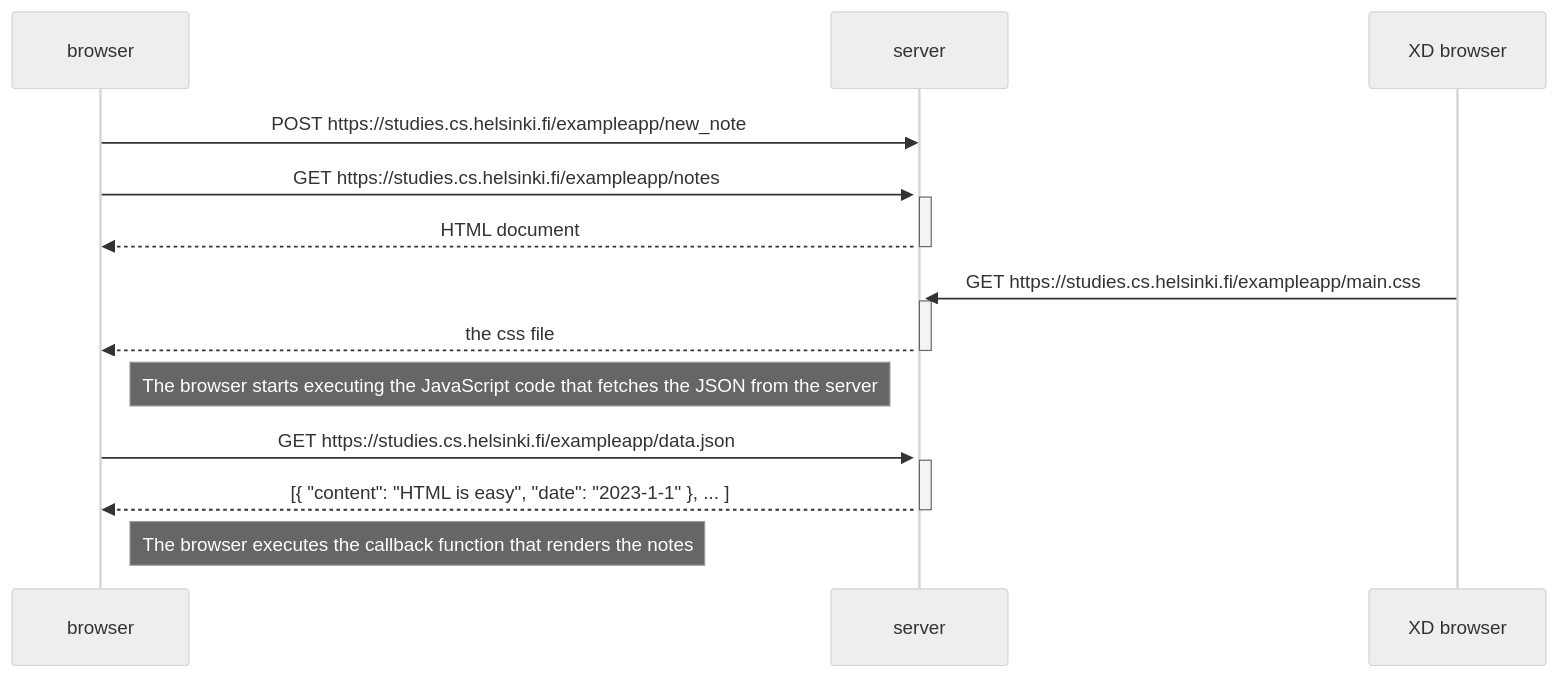
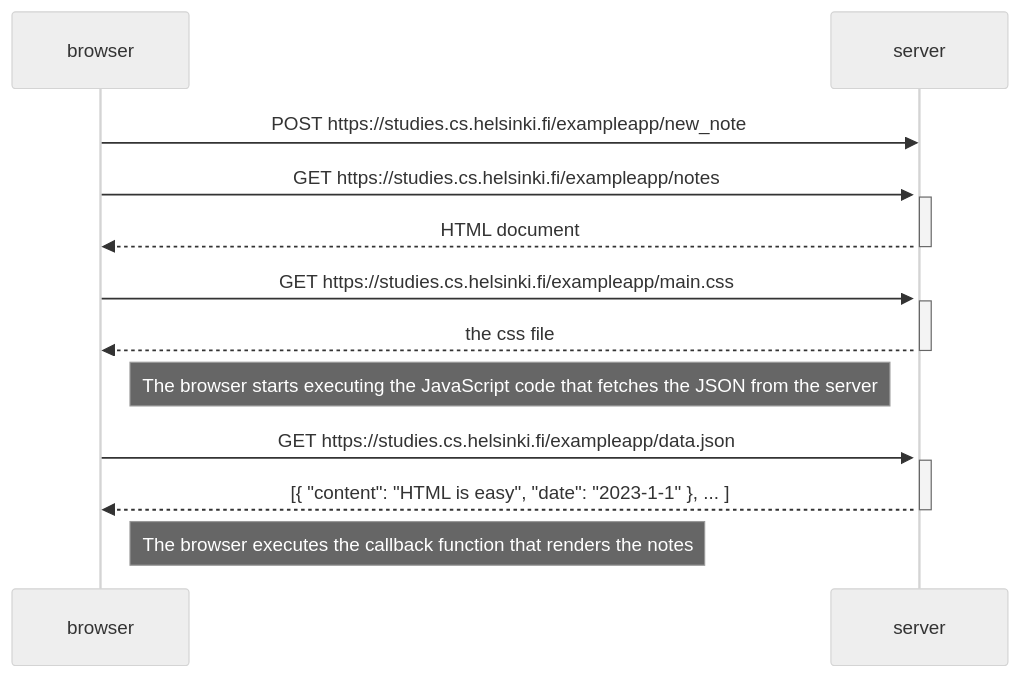
One commit to Karkkanen/Fullstack changed the diagram in osa0/README.md. Above: the diagram before and after it, drawn with Mermaid (neutral theme). The commit also changed 1 other file, not shown here.

````diff
--- a/osa0/README.md
+++ b/osa0/README.md
@@ -5,29 +5,29 @@
 ```mermaid
 sequenceDiagram
     participant browser
     participant server
     
     browser->>server: POST https://studies.cs.helsinki.fi/exampleapp/new_note
     activate server
 
 
     browser->>server: GET https://studies.cs.helsinki.fi/exampleapp/notes
     activate server
     server-->>browser: HTML document
     deactivate server
-    XD    browser->>server: GET https://studies.cs.helsinki.fi/exampleapp/main.css
+    browser->>server: GET https://studies.cs.helsinki.fi/exampleapp/main.css
     activate server
     server-->>browser: the css file
     deactivate server
     
     
     
     Note right of browser: The browser starts executing the JavaScript code that fetches the JSON from the server
     
     browser->>server: GET https://studies.cs.helsinki.fi/exampleapp/data.json
     activate server
     server-->>browser: [{ "content": "HTML is easy", "date": "2023-1-1" }, ... ]
     deactivate server    
 
     Note right of browser: The browser executes the callback function that renders the notes 
 ```
````
